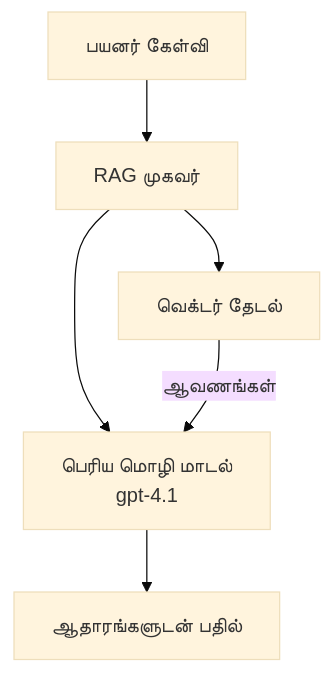
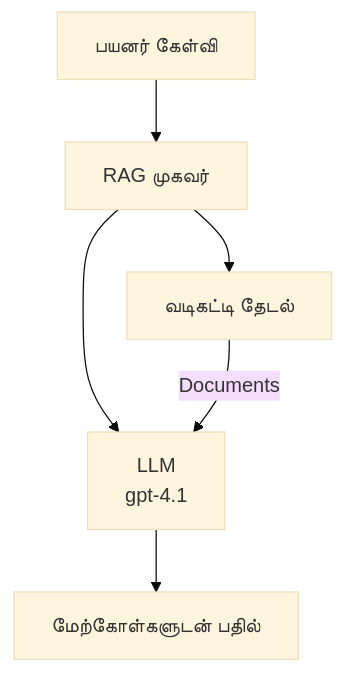
The second of 3 diagrams in translations/ta/docs/chapter-02-ai-development/agents.md (microsoft/AZD-for-beginners), drawn with Mermaid (base theme) before and after one commit. The commit also changed other lines of this file and 61 other files, not shown here.

````diff
--- a/translations/ta/docs/chapter-02-ai-development/agents.md
+++ b/translations/ta/docs/chapter-02-ai-development/agents.md
@@ -181,8 +181,8 @@
 ```mermaid
 graph TD
     Query[பயனர் கேள்வி] --> RAG[RAG முகவர்]
-    RAG --> Vector[வெக்டர் தேடல்]
-    RAG --> LLM[பெரிய மொழி மாடல்<br/>gpt-4.1]
-    Vector -- ஆவணங்கள் --> LLM
-    LLM --> Response[ஆதாரங்களுடன் பதில்]
+    RAG --> Vector[வடிகட்டி தேடல்]
+    RAG --> LLM[LLM<br/>gpt-4.1]
+    Vector -- Documents --> LLM
+    LLM --> Response[மேற்கோள்களுடன் பதில்]
 ```
````
